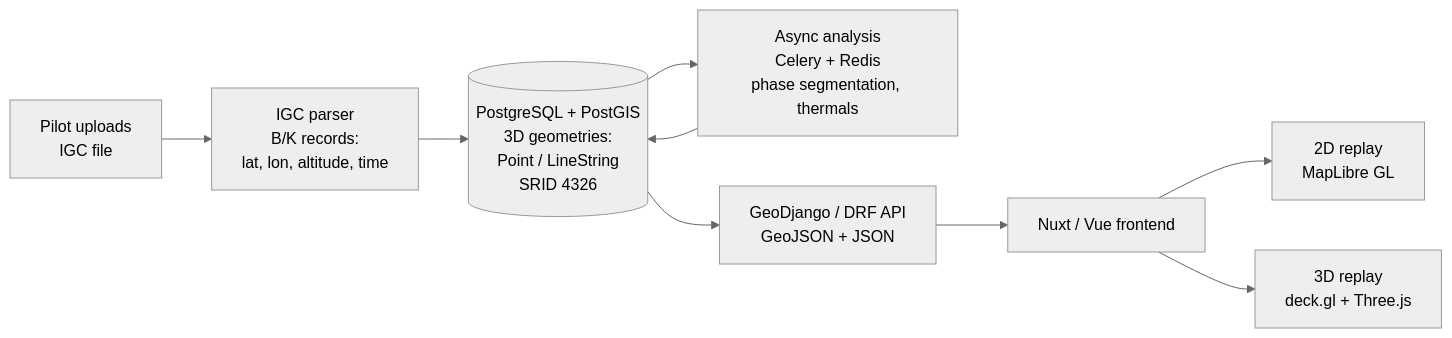
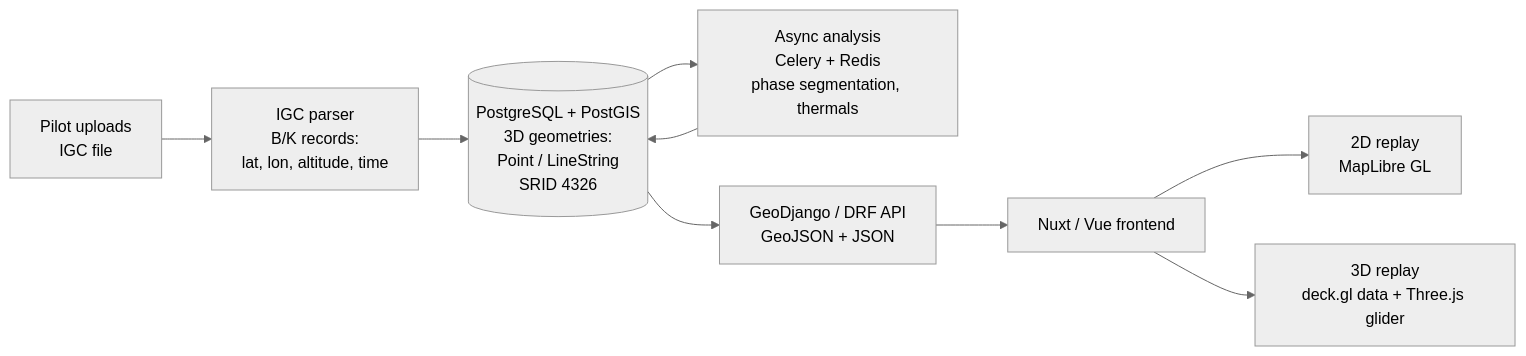
Before and after one commit to Emmepi27/rsfly-showcase: the first of 2 diagrams in ARCHITECTURE.md, drawn with Mermaid (neutral theme). The commit also changed other lines of this file, not shown here.

Commit message:
docs: clarify 3D rendering split (deck.gl data, Three.js glider)

````diff
--- a/ARCHITECTURE.md
+++ b/ARCHITECTURE.md
@@ -12,11 +12,11 @@
 ```mermaid
 flowchart LR
   A[Pilot uploads<br/>IGC file] --> B[IGC parser<br/>B/K records:<br/>lat, lon, altitude, time]
   B --> C[(PostgreSQL + PostGIS<br/>3D geometries:<br/>Point / LineString<br/>SRID 4326)]
   C --> D[Async analysis<br/>Celery + Redis<br/>phase segmentation, thermals]
   D --> C
   C --> E[GeoDjango / DRF API<br/>GeoJSON + JSON]
   E --> F[Nuxt / Vue frontend]
   F --> G[2D replay<br/>MapLibre GL]
-  F --> H[3D replay<br/>deck.gl + Three.js]
+  F --> H[3D replay<br/>deck.gl data + Three.js glider]
 ```
````
